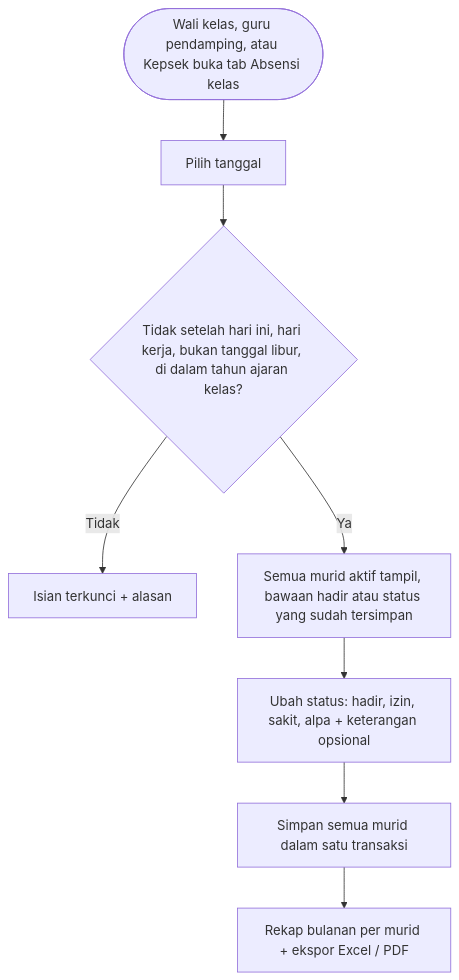
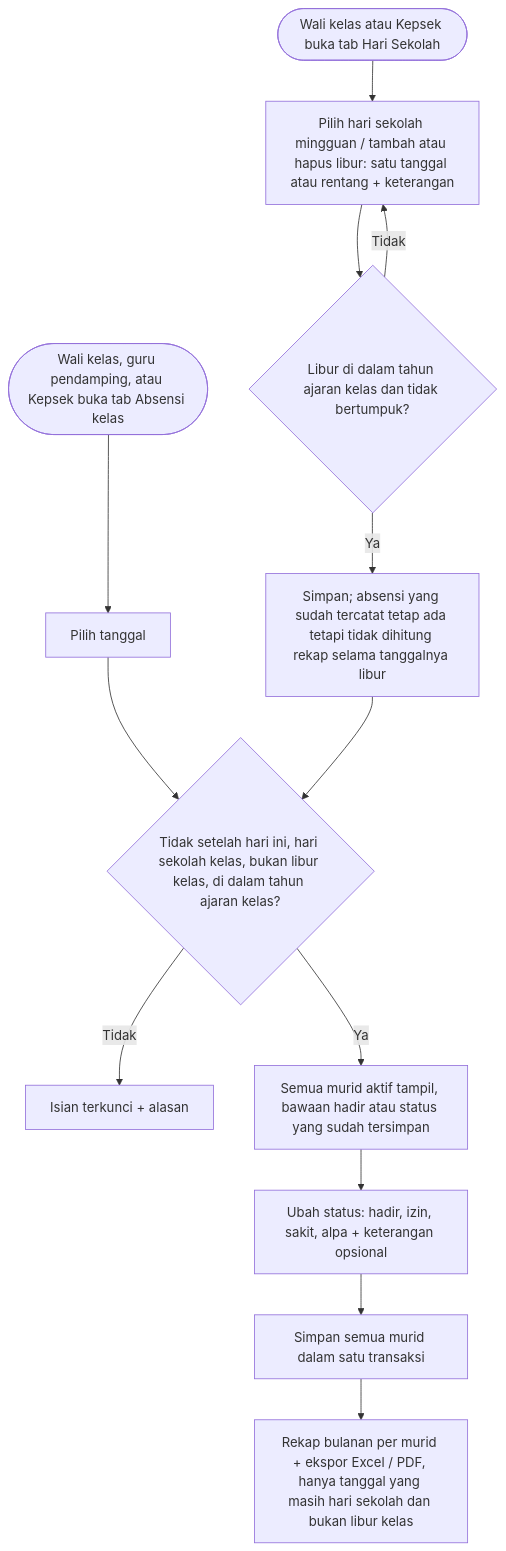
The seventh of 9 diagrams in PROMPT_BE_TK.md (Keyanffz/TK_TA8_BE), drawn with Mermaid before and after one commit. The commit also changed other lines of this file and 2 other files, not shown here.

First line of the commit message:
docs: Bagian A, api.json, dan dokumentasi keputusan revisi R3-R6

````diff
--- a/PROMPT_BE_TK.md
+++ b/PROMPT_BE_TK.md
@@ -499,10 +507,15 @@
 ```mermaid
 flowchart TD
     A([Wali kelas, guru pendamping, atau Kepsek buka tab Absensi kelas]) --> B[Pilih tanggal]
-    B --> C{Tidak setelah hari ini, hari kerja, bukan tanggal libur, di dalam tahun ajaran kelas?}
+    B --> C{Tidak setelah hari ini, hari sekolah kelas, bukan libur kelas, di dalam tahun ajaran kelas?}
     C -->|Tidak| D[Isian terkunci + alasan]
     C -->|Ya| E[Semua murid aktif tampil, bawaan hadir atau status yang sudah tersimpan]
     E --> F[Ubah status: hadir, izin, sakit, alpa + keterangan opsional]
     F --> G[Simpan semua murid dalam satu transaksi]
-    G --> H[Rekap bulanan per murid + ekspor Excel / PDF]
+    G --> H[Rekap bulanan per murid + ekspor Excel / PDF, hanya tanggal yang masih hari sekolah dan bukan libur kelas]
+    I([Wali kelas atau Kepsek buka tab Hari Sekolah]) --> J[Pilih hari sekolah mingguan / tambah atau hapus libur: satu tanggal atau rentang + keterangan]
+    J --> K{Libur di dalam tahun ajaran kelas dan tidak bertumpuk?}
+    K -->|Tidak| J
+    K -->|Ya| L[Simpan; absensi yang sudah tercatat tetap ada tetapi tidak dihitung rekap selama tanggalnya libur]
+    L --> C
 ```
````
